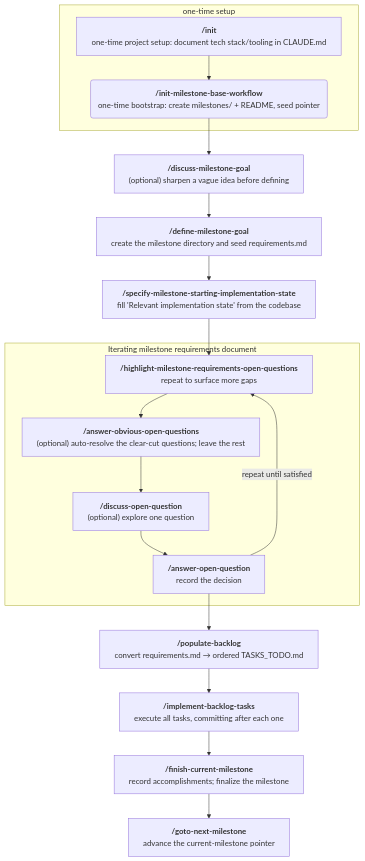
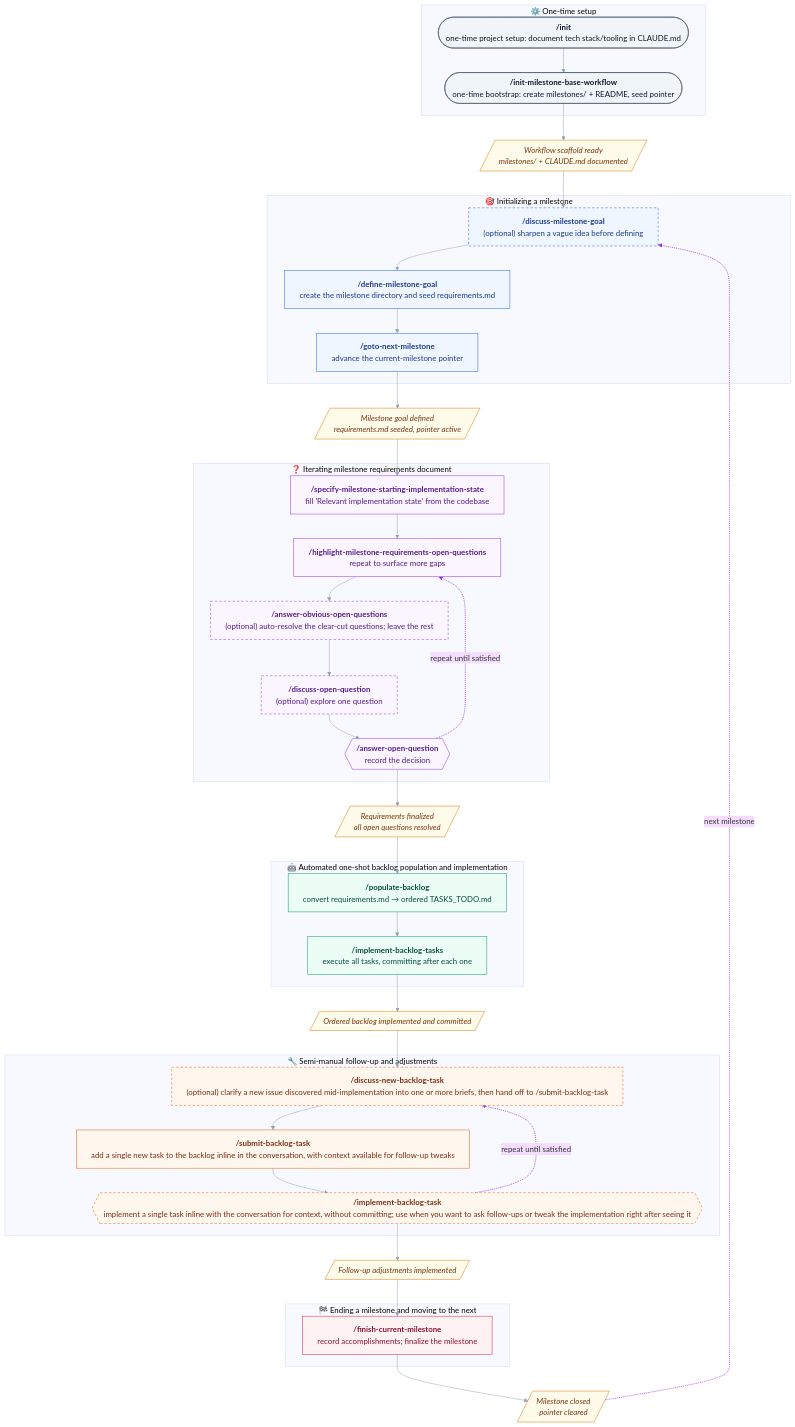
Before and after one commit to uHappyLogic/cairn: the diagram in README.md, drawn with Mermaid.

Commit message:
workflow visualization improved

````diff
--- a/README.md
+++ b/README.md
@@ -56,26 +56,83 @@
 ```mermaid
-%%{init: {'flowchart': {'wrappingWidth': 9999}}}%%
+%%{init: {'theme':'base','themeVariables':{'fontFamily':'ui-sans-serif, system-ui','lineColor':'#94a3b8','primaryBorderColor':'#475569'},'flowchart':{'wrappingWidth':9999,'curve':'basis'}}}%%
 flowchart TD
-subgraph one-time setup
-    A["<b>/init</b><br/>one-time project setup: document tech stack/tooling in CLAUDE.md"]
-    B("<b>/init-milestone-base-workflow</b><br/>one-time bootstrap: create milestones/ + README, seed pointer")
+subgraph S0["⚙️ One-time setup"]
+    OT1(["<b>/init</b><br/>one-time project setup: document tech stack/tooling in CLAUDE.md"])
+    OT2(["<b>/init-milestone-base-workflow</b><br/>one-time bootstrap: create milestones/ + README, seed pointer"])
 end
-    C["<b>/discuss-milestone-goal</b><br/>(optional) sharpen a vague idea before defining"]
-    D["<b>/define-milestone-goal</b><br/>create the milestone directory and seed requirements.md"]
-    E["<b>/specify-milestone-starting-implementation-state</b><br/>fill 'Relevant implementation state' from the codebase"]
-subgraph Iterating milestone requirements document
-    F["<b>/highlight-milestone-requirements-open-questions</b><br/>repeat to surface more gaps"]
-    M["<b>/answer-obvious-open-questions</b><br/>(optional) auto-resolve the clear-cut questions; leave the rest"]
-    G["<b>/discuss-open-question</b><br/>(optional) explore one question"]
-    H["<b>/answer-open-question</b><br/>record the decision"]
+
+D0[/"Workflow scaffold ready<br/>milestones/ + CLAUDE.md documented"/]
+
+subgraph S1["🎯 Initializing a milestone"]
+    IM1["<b>/discuss-milestone-goal</b><br/>(optional) sharpen a vague idea before defining"]
+    IM2["<b>/define-milestone-goal</b><br/>create the milestone directory and seed requirements.md"]
+    IM3["<b>/goto-next-milestone</b><br/>advance the current-milestone pointer"]
 end
-    I["<b>/populate-backlog</b><br/>convert requirements.md → ordered TASKS_TODO.md"]
-    J["<b>/implement-backlog-tasks</b><br/>execute all tasks, committing after each one"]
-    K["<b>/finish-current-milestone</b><br/>record accomplishments; finalize the milestone"]
-    L["<b>/goto-next-milestone</b><br/>advance the current-milestone pointer"]
 
-    A --> B --> C --> D --> E --> F
-    F --> M --> G --> H
-    H -->|repeat until satisfied| F
-    H --> I --> J --> K --> L
+D1[/"Milestone goal defined<br/>requirements.md seeded, pointer active"/]
+
+subgraph S2["❓ Iterating milestone requirements document"]
+    ITM0["<b>/specify-milestone-starting-implementation-state</b><br/>fill 'Relevant implementation state' from the codebase"]
+    ITM1["<b>/highlight-milestone-requirements-open-questions</b><br/>repeat to surface more gaps"]
+    ITM2["<b>/answer-obvious-open-questions</b><br/>(optional) auto-resolve the clear-cut questions; leave the rest"]
+    ITM3["<b>/discuss-open-question</b><br/>(optional) explore one question"]
+    ITM4{{"<b>/answer-open-question</b><br/>record the decision"}}
+end
+
+D2[/"Requirements finalized<br/>all open questions resolved"/]
+
+subgraph S3["🤖 Automated one-shot backlog population and implementation"]
+    AI1["<b>/populate-backlog</b><br/>convert requirements.md → ordered TASKS_TODO.md"]
+    AI2["<b>/implement-backlog-tasks</b><br/>execute all tasks, committing after each one"]
+end
+
+D3[/"Ordered backlog implemented and committed"/]
+
+subgraph S4["🔧 Semi-manual follow-up and adjustments"]
+    SM1["<b>/discuss-new-backlog-task</b><br/>(optional) clarify a new issue discovered mid-implementation into one or more briefs, then hand off to /submit-backlog-task"]
+    SM2["<b>/submit-backlog-task</b><br/>add a single new task to the backlog inline in the conversation, with context available for follow-up tweaks"]
+    SM3{{"<b>/implement-backlog-task</b><br/> implement a single task inline with the conversation for context, without committing; use when you want to ask follow-ups or tweak the implementation right after seeing it"}}
+end
+
+D4[/"Follow-up adjustments implemented"/]
+
+subgraph S5["🏁 Ending a milestone and moving to the next"]
+    EM1["<b>/finish-current-milestone</b><br/>record accomplishments; finalize the milestone"]
+end
+
+D5[/"Milestone closed<br/>pointer cleared"/]
+
+    OT1 --> OT2 --> D0
+    D0 --> IM1 --> IM2 --> IM3
+    IM3 --> D1
+    D1 --> ITM0 --> ITM1 --> ITM2 --> ITM3 --> ITM4
+    ITM4 -.->|repeat until satisfied| ITM1
+    ITM4 --> D2
+    D2 --> AI1 --> AI2 --> D3
+    D3 --> SM1
+    SM1 --> SM2 --> SM3
+    SM3 -.->|repeat until satisfied| SM1
+    SM3 --> D4
+    D4 --> EM1 --> D5
+    D5 -.->|next milestone| IM1
+
+    classDef setup  fill:#f1f5f9,stroke:#475569,color:#0f172a;
+    classDef init   fill:#eff6ff,stroke:#2563eb,color:#1e3a8a;
+    classDef req    fill:#faf5ff,stroke:#9333ea,color:#581c87;
+    classDef auto   fill:#ecfdf5,stroke:#059669,color:#064e3b;
+    classDef manual fill:#fff7ed,stroke:#ea580c,color:#7c2d12;
+    classDef finish fill:#fef2f2,stroke:#e11d48,color:#881337;
+    classDef optional stroke-dasharray:5 4;
+    classDef state  fill:#fffbeb,stroke:#d97706,color:#78350f,font-style:italic;
+
+    class OT1,OT2 setup;
+    class IM1,IM2,IM3 init;
+    class ITM0,ITM1,ITM2,ITM3,ITM4 req;
+    class AI1,AI2 auto;
+    class SM1,SM2,SM3 manual;
+    class EM1 finish;
+    class IM1,ITM2,ITM3,SM1,SM3 optional;
+    class D0,D1,D2,D3,D4,D5 state;
+
+    linkStyle 11,19,23 stroke:#9333ea,stroke-width:1.5px;
 ```
````
